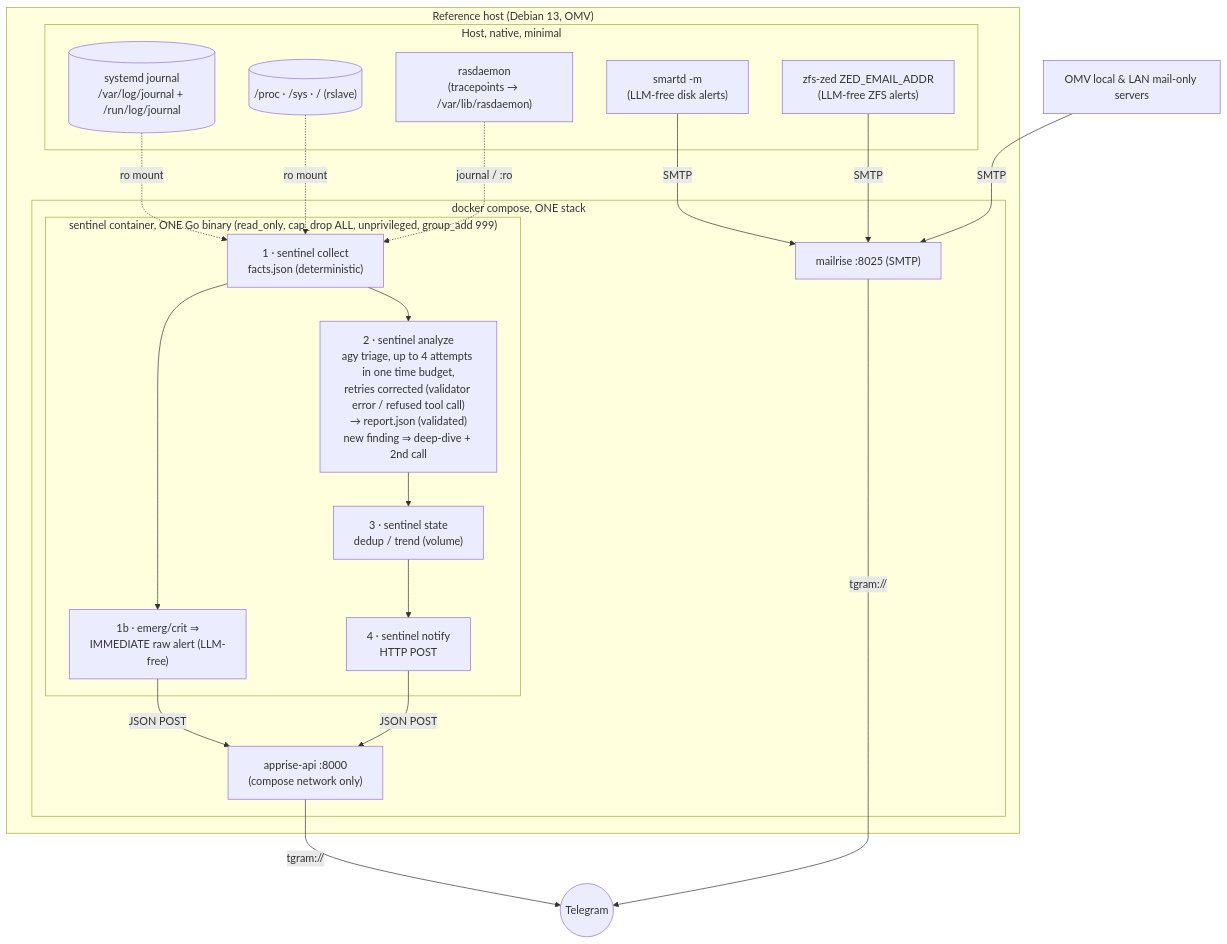
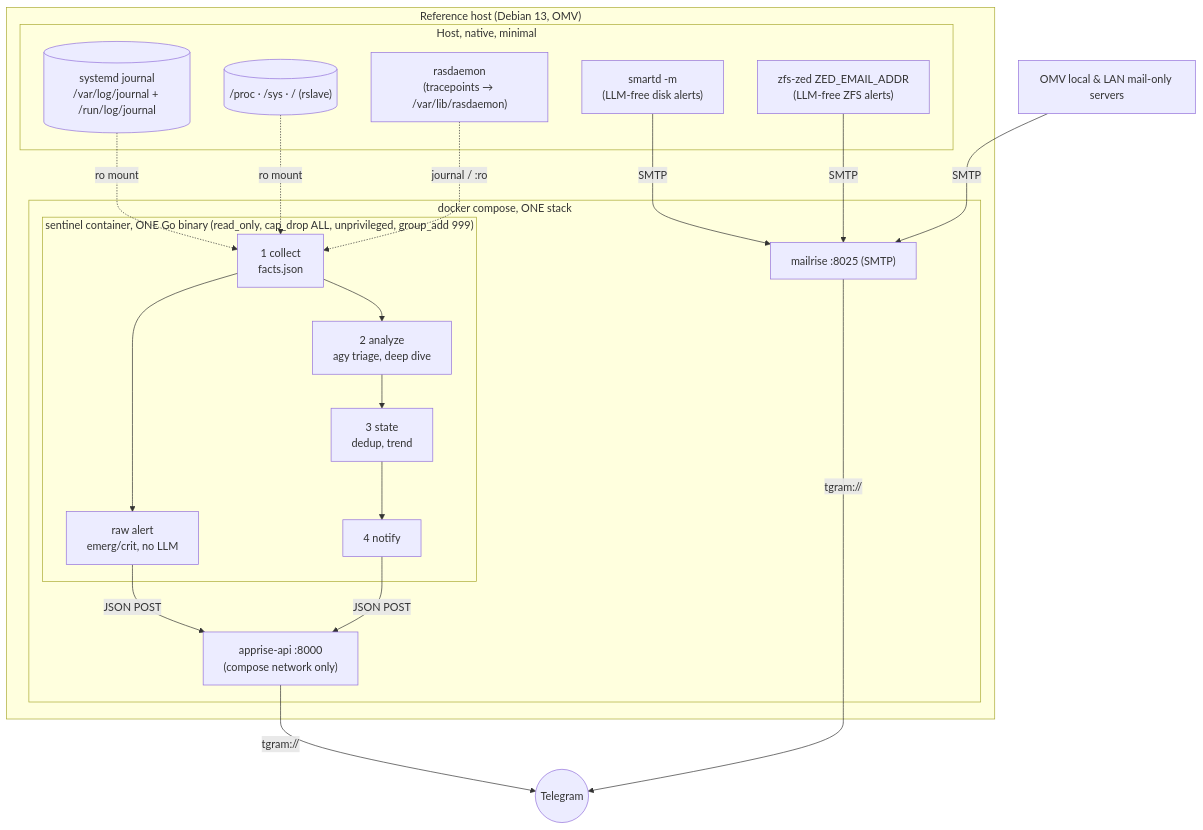
One commit to thiscantbeserious/agentic-server-supervisor changed the first of 2 diagrams in ARCHITECTURE.md. Above: the diagram before and after it, drawn with Mermaid. The commit also changed other lines of this file and 1 other file, not shown here.

Commit message:
Show the state step in the README diagram; keep step boxes to names
The README pipeline went collect, analyze, notify: the state step that
holds every dedup, renotify and all-clear rule was missing. It now
shows the four steps with one short label each and names the two
paths that reach Telegram without the LLM. ARCHITECTURE.md's step
boxes had grown into paragraphs; the analyze detail moves into the
prose under the diagram, and the rules stay in the contracts.

````diff
--- a/ARCHITECTURE.md
+++ b/ARCHITECTURE.md
@@ -85,38 +85,38 @@
 ```mermaid
 flowchart TB
     subgraph target["Reference host (Debian 13, OMV)"]
         subgraph native["Host, native, minimal"]
             rasd["rasdaemon<br/>(tracepoints → /var/lib/rasdaemon)"]
             smartd["smartd -m<br/>(LLM-free disk alerts)"]
             zed["zfs-zed ZED_EMAIL_ADDR<br/>(LLM-free ZFS alerts)"]
             journal[("systemd journal<br/>/var/log/journal + /run/log/journal")]
             procsys[("/proc · /sys · / (rslave)")]
         end
         subgraph stack["docker compose, ONE stack"]
             subgraph sentinel["sentinel container, ONE Go binary (read_only, cap_drop ALL, unprivileged, group_add 999)"]
-                collect["1 · sentinel collect<br/>facts.json (deterministic)"]
-                raw["1b · emerg/crit ⇒<br/>IMMEDIATE raw alert (LLM-free)"]
-                analyze["2 · sentinel analyze<br/>agy triage, up to 4 attempts in one time budget,<br/>retries corrected (validator error / refused tool call)<br/>→ report.json (validated)<br/>new finding ⇒ deep-dive + 2nd call"]
-                state["3 · sentinel state<br/>dedup / trend (volume)"]
-                notify["4 · sentinel notify<br/>HTTP POST"]
+                collect["1 collect<br/>facts.json"]
+                raw["raw alert<br/>emerg/crit, no LLM"]
+                analyze["2 analyze<br/>agy triage, deep dive"]
+                state["3 state<br/>dedup, trend"]
+                notify["4 notify"]
                 collect --> raw
                 collect --> analyze --> state --> notify
             end
             apprise["apprise-api :8000<br/>(compose network only)"]
             mailrise["mailrise :8025 (SMTP)"]
         end
     end
     lan["OMV local & LAN mail-only servers"]
     tg(("Telegram"))
 
     journal -. "ro mount" .-> collect
     procsys -. "ro mount" .-> collect
     rasd -. "journal / :ro" .-> collect
     smartd -- "SMTP" --> mailrise
     zed -- "SMTP" --> mailrise
     lan -- "SMTP" --> mailrise
     raw -- "JSON POST" --> apprise
     notify -- "JSON POST" --> apprise
     apprise -- "tgram://" --> tg
     mailrise -- "tgram://" --> tg
 ```
````
